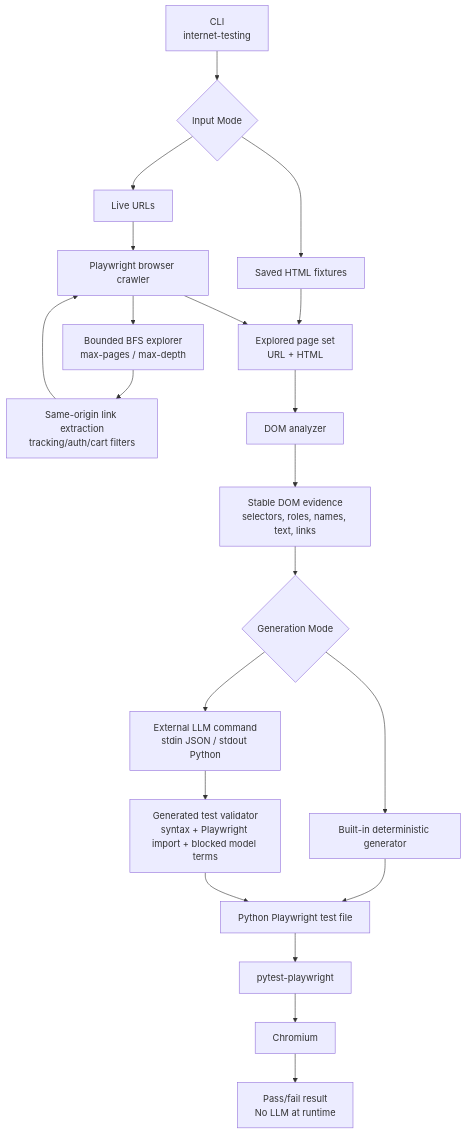
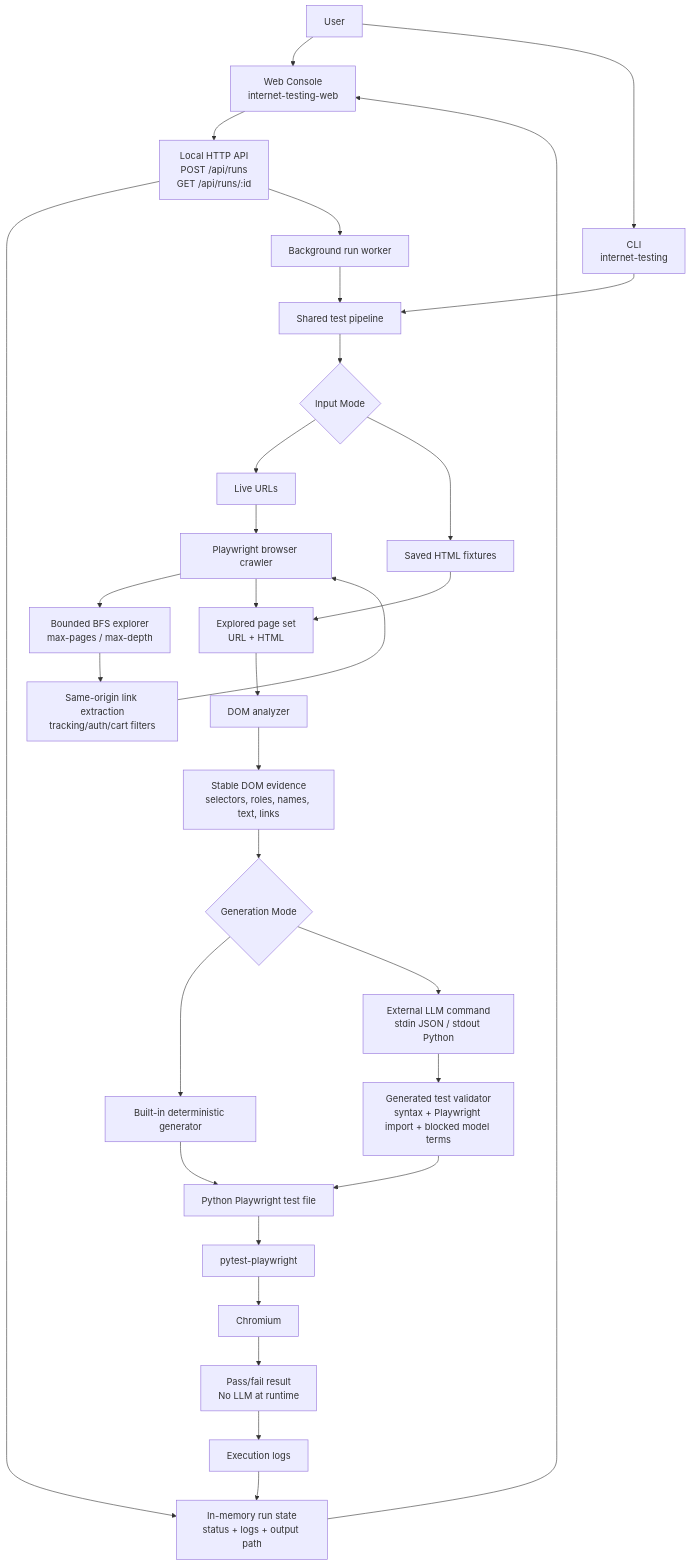
The diagram in docs/architecture.md (garfield-oo7/internet_testing), drawn with Mermaid before and after one commit. The commit also changed other lines of this file, not shown here.

Commit message:
Update architecture docs for web console

````diff
--- a/docs/architecture.md
+++ b/docs/architecture.md
@@ -20,29 +25,41 @@
 ```mermaid
 flowchart TD
-    CLI["CLI\ninternet-testing"] --> Inputs{"Input Mode"}
+    User["User"] --> WebUI["Web Console\ninternet-testing-web"]
+    User --> CLI["CLI\ninternet-testing"]
+
+    WebUI --> WebAPI["Local HTTP API\nPOST /api/runs\nGET /api/runs/:id"]
+    WebAPI --> RunState["In-memory run state\nstatus + logs + output path"]
+    WebAPI --> Worker["Background run worker"]
+    Worker --> Pipeline["Shared test pipeline"]
+    CLI --> Pipeline
+
+    Pipeline --> Inputs{"Input Mode"}
     Inputs --> LiveURL["Live URLs"]
     Inputs --> Fixtures["Saved HTML fixtures"]
 
     LiveURL --> PlaywrightCrawler["Playwright browser crawler"]
     PlaywrightCrawler --> Explorer["Bounded BFS explorer\nmax-pages / max-depth"]
     Explorer --> LinkFilter["Same-origin link extraction\ntracking/auth/cart filters"]
     LinkFilter --> PlaywrightCrawler
 
     Fixtures --> PageSet["Explored page set\nURL + HTML"]
     PlaywrightCrawler --> PageSet
 
     PageSet --> Analyzer["DOM analyzer"]
     Analyzer --> Evidence["Stable DOM evidence\nselectors, roles, names, text, links"]
 
     Evidence --> GenerationMode{"Generation Mode"}
     GenerationMode --> Deterministic["Built-in deterministic generator"]
     GenerationMode --> LLMCommand["External LLM command\nstdin JSON / stdout Python"]
 
     LLMCommand --> Validator["Generated test validator\nsyntax + Playwright import + blocked model terms"]
     Deterministic --> TestFile["Python Playwright test file"]
     Validator --> TestFile
 
     TestFile --> Pytest["pytest-playwright"]
     Pytest --> Browser["Chromium"]
     Browser --> Result["Pass/fail result\nNo LLM at runtime"]
+    Result --> Logs["Execution logs"]
+    Logs --> RunState
+    RunState --> WebUI
 ```
````
